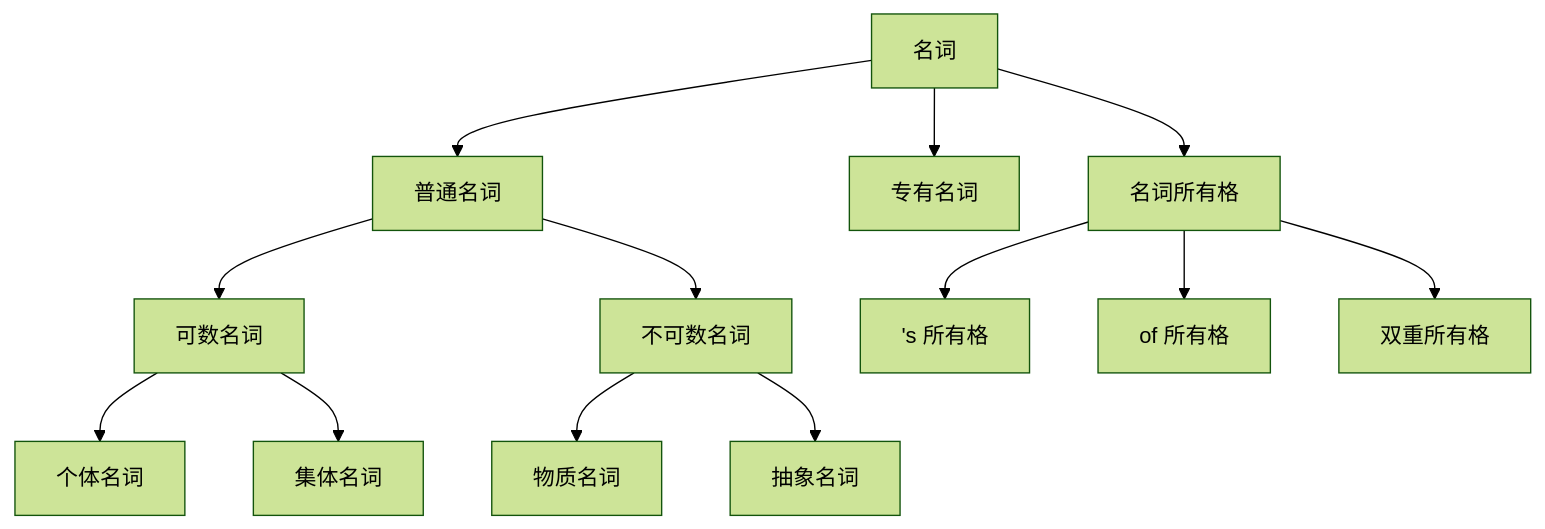
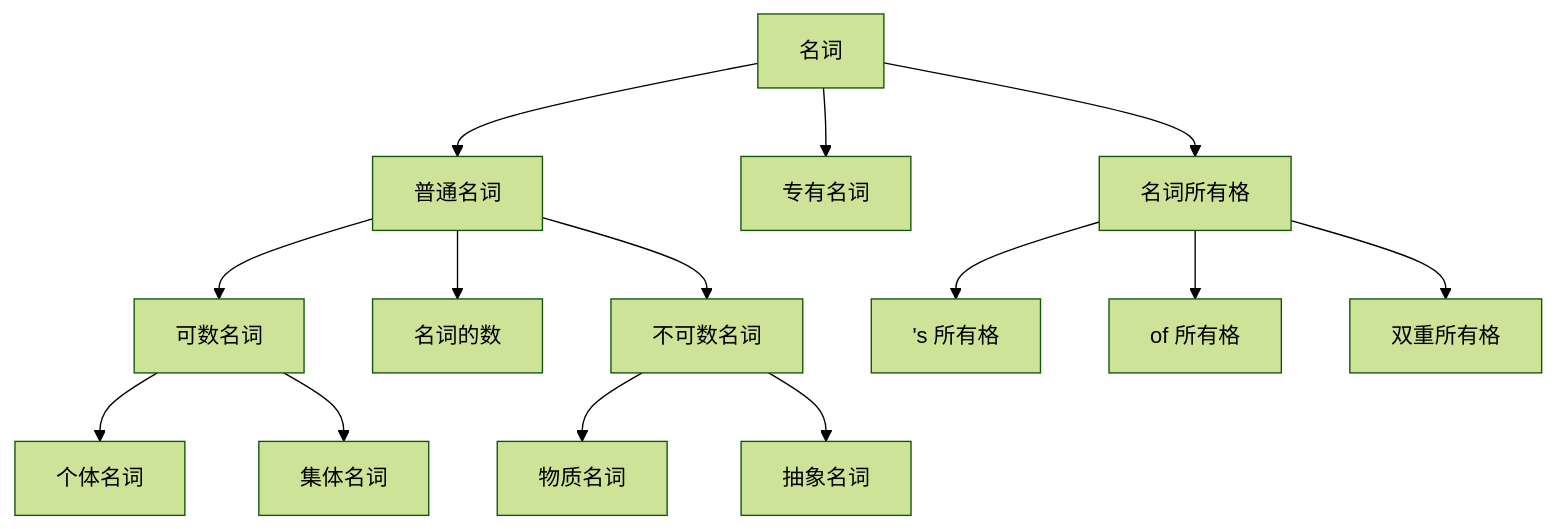
The diagram in docs/note/04-英语/03-词性/01-名词.md (lailai0916/lailai0916.github.io), drawn with Mermaid (forest theme) before and after one commit.

````diff
--- a/docs/note/04-英语/03-词性/01-名词.md
+++ b/docs/note/04-英语/03-词性/01-名词.md
@@ -229,16 +229,17 @@
 ```mermaid
 graph TD;
     A1[名词];
     A1 --> B1[普通名词];
     A1 --> B2[专有名词];
     A1 --> B3[名词所有格];
     B1 --> C1[可数名词];
-    B1 --> C2[不可数名词];
-    B3 --> C3['s 所有格];
-    B3 --> C4[of 所有格];
-    B3 --> C5[双重所有格];
+    B1 --> C2[名词的数];
+    B1 --> C3[不可数名词];
+    B3 --> C4['s 所有格];
+    B3 --> C5[of 所有格];
+    B3 --> C6[双重所有格];
     C1 --> D1[个体名词];
     C1 --> D2[集体名词];
-    C2 --> D3[物质名词];
-    C2 --> D4[抽象名词];
+    C3 --> D3[物质名词];
+    C3 --> D4[抽象名词];
 ```
````
